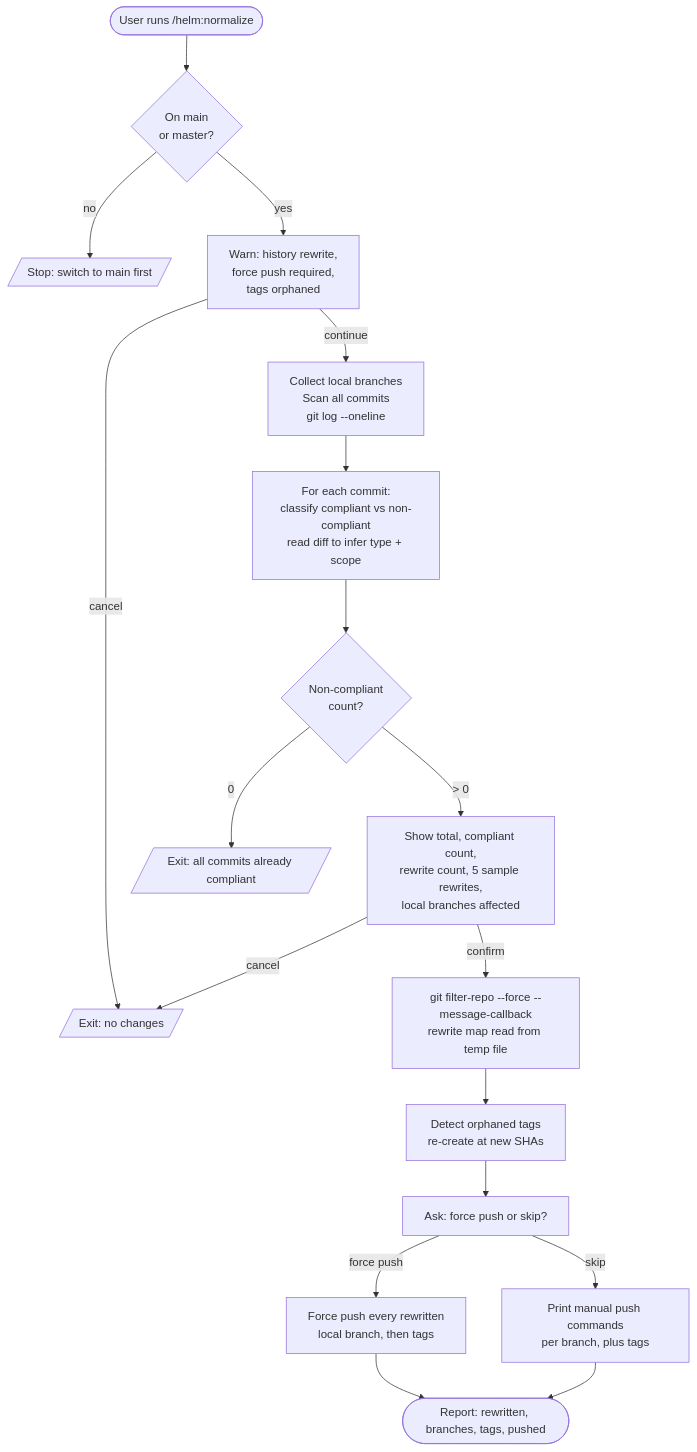
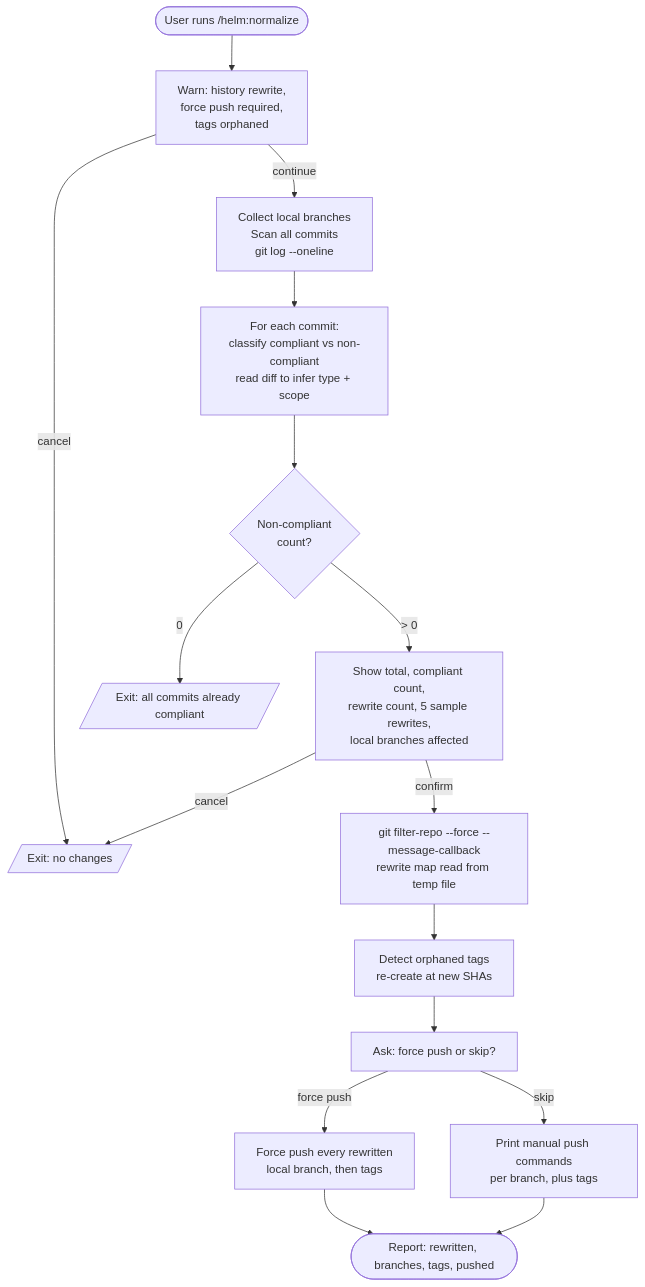
One commit to myowinthein/agent-helm changed the diagram in docs/commands/normalize.md. Above: the diagram before and after it, drawn with Mermaid. The commit also changed other lines of this file and 1 other file, not shown here.

````diff
--- a/docs/commands/normalize.md
+++ b/docs/commands/normalize.md
@@ -13,27 +13,25 @@
 ```mermaid
 flowchart TD
-  Start([User runs /helm:normalize]) --> Branch{On main<br/>or master?}
-  Branch -->|no| BranchStop[/Stop: switch to main first/]
-  Branch -->|yes| Warn[Warn: history rewrite,<br/>force push required,<br/>tags orphaned]
+  Start([User runs /helm:normalize]) --> Warn[Warn: history rewrite,<br/>force push required,<br/>tags orphaned]
 
   Warn -->|cancel| Cancel[/Exit: no changes/]
   Warn -->|continue| Scan[Collect local branches<br/>Scan all commits<br/>git log --oneline]
 
   Scan --> Classify[For each commit:<br/>classify compliant vs non-compliant<br/>read diff to infer type + scope]
   Classify --> Count{Non-compliant<br/>count?}
 
   Count -->|0| NothingToDo[/Exit: all commits already compliant/]
   Count -->|> 0| ShowPlan[Show total, compliant count,<br/>rewrite count, 5 sample rewrites,<br/>local branches affected]
 
   ShowPlan -->|cancel| Cancel
   ShowPlan -->|confirm| Rewrite[git filter-repo --force --message-callback<br/>rewrite map read from temp file]
 
   Rewrite --> Tags[Detect orphaned tags<br/>re-create at new SHAs]
   Tags --> PushGate[Ask: force push or skip?]
 
   PushGate -->|force push| Push[Force push every rewritten<br/>local branch, then tags]
   PushGate -->|skip| Manual[Print manual push commands<br/>per branch, plus tags]
 
   Push --> Report([Report: rewritten, branches, tags, pushed])
   Manual --> Report
 ```
````
